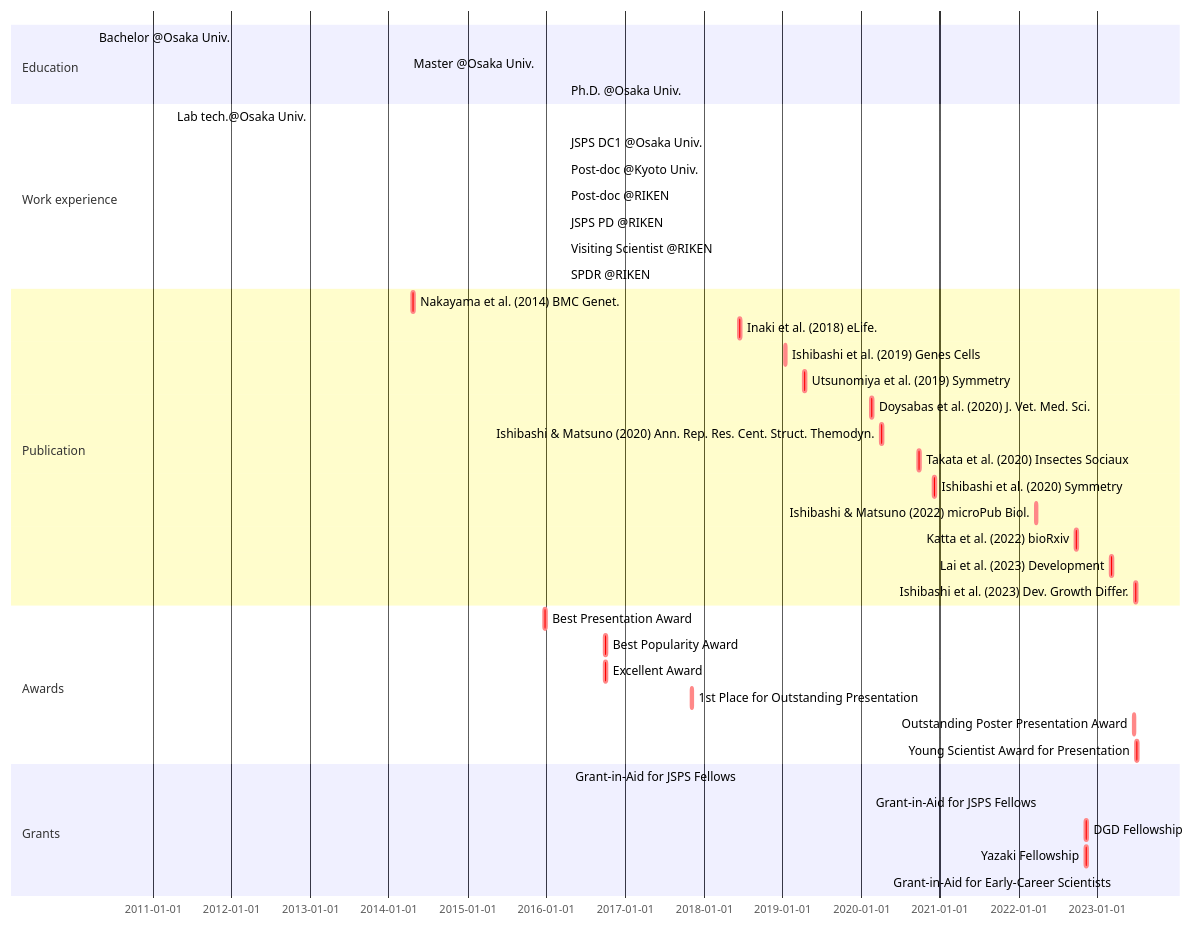
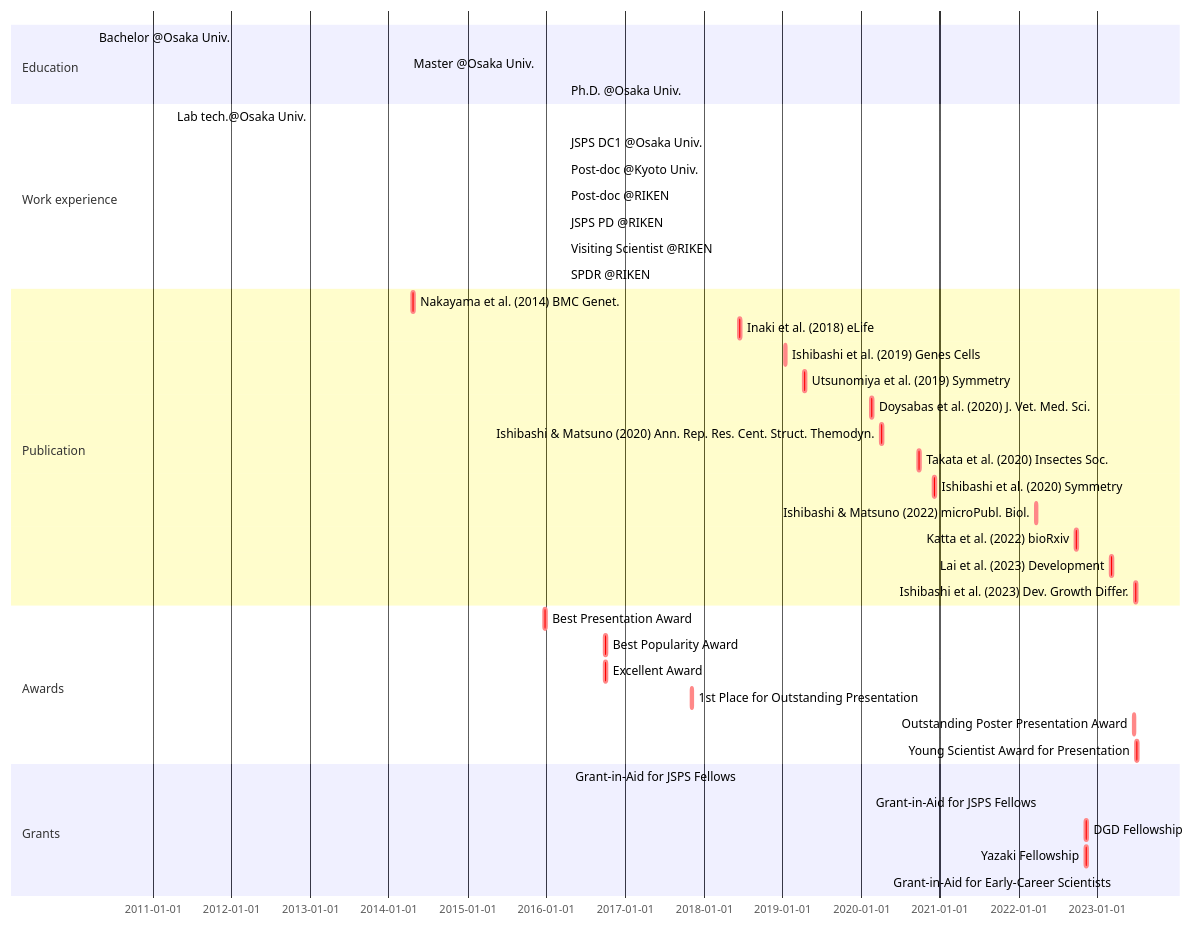
One commit to ishibaki/ishibaki.github.io changed the diagram in _includes/mermaid-cv.md. Above: the diagram before and after it, drawn with Mermaid.

````diff
--- a/_includes/mermaid-cv.md
+++ b/_includes/mermaid-cv.md
@@ -1,41 +1,41 @@
 ```mermaid
 gantt
 section Education
   Bachelor @Osaka Univ. : BS, 2010-04-01, 2014-03-25
   Master @Osaka Univ.   : MS, 2014-04-01, 2016-03-28
   Ph.D. @Osaka Univ.    : Ph.D., 2016-04-01, 2019-03-25
 section Work experience
   Lab tech.@Osaka Univ.     : done, OU-tech, 2011-04-01, 2012-03-31
   JSPS DC1 @Osaka Univ.     : done, DC1, 2016-04-01, 2019-03-31
   Post-doc @Kyoto Univ.     : done, KU-postdoc, after DC1, 2021-04-30
   Post-doc @RIKEN           : done, RIKEN-postdoc, after KU-postdoc, 2022-03-31
   JSPS PD @RIKEN            : done, PD, after RIKEN-postdoc, 2023-03-31
   Visiting Scientist @RIKEN : done, Visit-Sci, after RIKEN-postdoc, 2023-03-31
   SPDR @RIKEN               : active, SPDR, after PD, 2026-03-31
 section Publication
   Nakayama et al. (2014) BMC Genet.           : crit, nakayama2014, 2014-04-16, 2w
-  Inaki et al. (2018) eLife.                  : crit, inaki2018, 2018-06-12, 2w
+  Inaki et al. (2018) eLife                   : crit, inaki2018, 2018-06-12, 2w
   Ishibashi et al. (2019) Genes Cells         : crit, ishibashi2019, 2019-01-09, 2w
   Utsunomiya et al. (2019) Symmetry           : crit, utsunomiya2019, 2019-04-08, 2w
   Doysabas et al. (2020) J. Vet. Med. Sci.    : crit, doysabas2020, 2020-02-12, 2w
   Ishibashi & Matsuno (2020) Ann. Rep. Res. Cent. Struct. Themodyn. : crit, ishibashi2020a, 2020-04-01, 2w
-  Takata et al. (2020) Insectes Sociaux       : crit, takata2020, 2020-09-22, 2w
+  Takata et al. (2020) Insectes Soc.          : crit, takata2020, 2020-09-22, 2w
   Ishibashi et al. (2020) Symmetry            : crit, ishibashi2020b, 2020-12-02, 2w
-  Ishibashi & Matsuno (2022) microPub Biol.   : crit, ishibashi2022, 2022-03-18, 2w
+  Ishibashi & Matsuno (2022) microPubl. Biol. : crit, ishibashi2022, 2022-03-18, 2w
   Katta et al. (2022) bioRxiv                 : crit, katta2022, 2022-09-22, 2w
   Lai et al. (2023) Development               : crit, lai2023, 2023-03-02, 2w
   Ishibashi et al. (2023) Dev. Growth Differ. : crit, ishibashi2023, 2023-06-25, 2w 
 section Awards
   Best Presentation Award                  : crit, aw_1, 2015-12-20, 2w
   Best Popularity Award                    : crit, aw_2, 2016-09-25, 2w
   Excellent Award                          : crit, aw_3, 2016-09-25, 2w
   1st Place for Outstanding Presentation   : crit, aw_4, 2017-11-01, 2w
   Outstanding Poster Presentation Award    : crit, aw_5, 2023-06-15, 2w
   Young Scientist Award for Presentation   : crit, aw_6, 2023-06-29, 2w
 section Grants
   Grant-in-Aid for JSPS Fellows : done, grant_DC1, 2016-04-22, 2019-03-31
   Grant-in-Aid for JSPS Fellows : active, grant_PD, 2022-04-22, 2025-03-31
   DGD Fellowship:                 crit, dgd_fellowship, 2022-11-04, 2w
   Yazaki Fellowship:              crit, yazaki_fellowship, 2022-11-04, 2w
   Grant-in-Aid for Early-Career Scientists : active, grant_ecs2023, 2023-04-01, 2026-03-31
 ```
````
